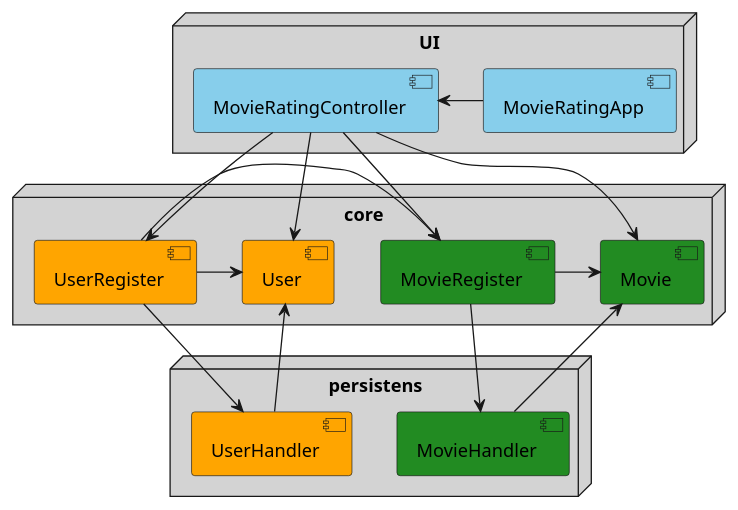
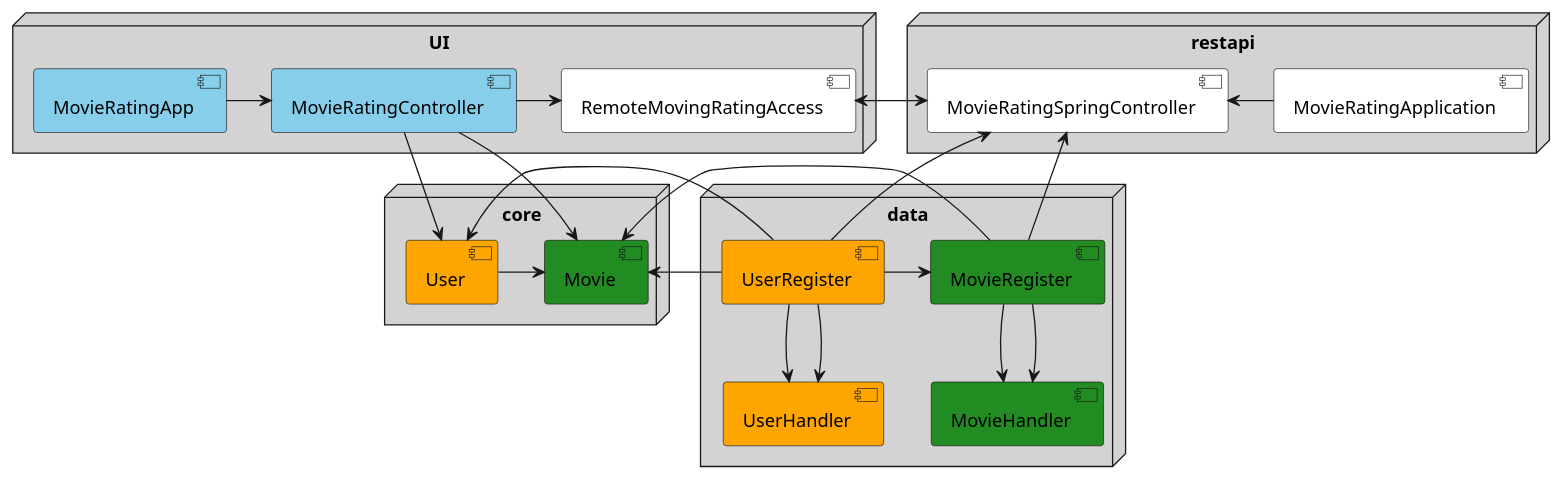
One commit to sofieothilie/ITP changed the diagram in movieRating/docs/release3/diagrams/ComponentDiagram.puml. Above: the diagram before and after it, drawn with PlantUML. The commit also changed 14 other files, not shown here.

```diff
--- a/movieRating/docs/release3/diagrams/ComponentDiagram.puml
+++ b/movieRating/docs/release3/diagrams/ComponentDiagram.puml
@@ -1,32 +1,44 @@
 @startuml Component Diagram
 skinparam BackgroundColor transparent
 skinparam componentStyle uml2
 node core #LightGray {
    component "Movie" #ForestGreen
-   component "MovieRegister" #ForestGreen
    component "User" #Orange
-   component "UserRegister" #Orange
-   [MovieRegister]->[Movie]
-   [UserRegister]->[User]
-   [UserRegister]->[MovieRegister]
+   [User] -> [Movie]
+   
 }
 node UI #LightGray {
    component "MovieRatingApp" #SkyBlue
    component "MovieRatingController" #SkyBlue
-   [MovieRatingController] <- [MovieRatingApp]
+   component "RemoteMovingRatingAccess" #White
+   [MovieRatingApp] -right-> [MovieRatingController]
    [MovieRatingController] -down-> [Movie]
    [MovieRatingController] ->[User]
-   [MovieRatingController] ->[MovieRegister]
-   [MovieRatingController] ->[UserRegister]
+   [MovieRatingController] ->[RemoteMovingRatingAccess]
 
 }
-node persistens #LightGray {
+node data #LightGray {
     /'Endre navn på denne'/
    component "UserHandler" #Orange
+   component "UserRegister" #Orange
    component "MovieHandler" #ForestGreen
-   [User] <- [UserHandler]
-   [Movie] <- [MovieHandler]
+   component "MovieRegister" #ForestGreen
+   [MovieRegister]-down->[MovieHandler]
+   [UserRegister]-down-> [UserHandler]
+   [UserRegister] -> [MovieRegister]
+   [MovieRegister] -> [Movie]
+   [UserRegister] -> [Movie]
+   [UserRegister] -> [User]
+}
+node restapi #LightGray {
+    /'Endre navn på denne'/
+   component "MovieRatingSpringController" #White
+   component "MovieRatingApplication" #White
+   [MovieRatingApplication] -left-> [MovieRatingSpringController]
+   [MovieRatingSpringController] <-> [RemoteMovingRatingAccess]
+   [MovieRatingSpringController] <- [UserRegister]
+   [MovieRatingSpringController] <- [MovieRegister]
    [MovieRegister]->[MovieHandler]
    [UserRegister]-down-> [UserHandler]
 }
 @enduml
```
